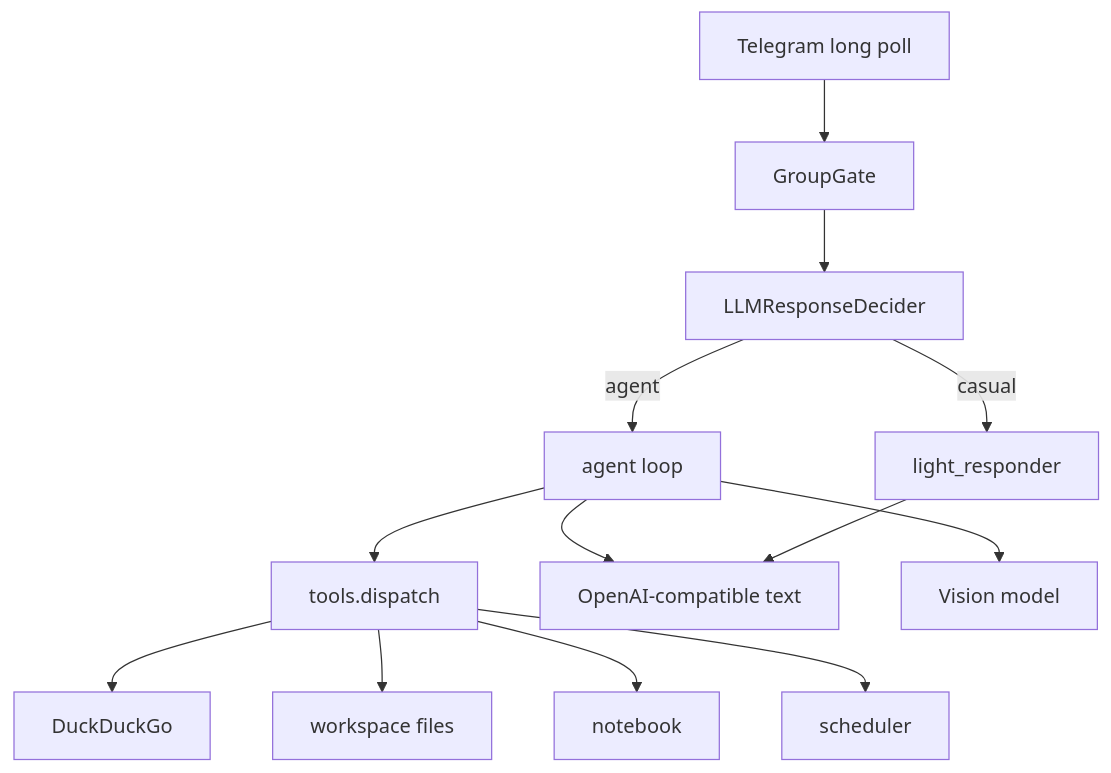
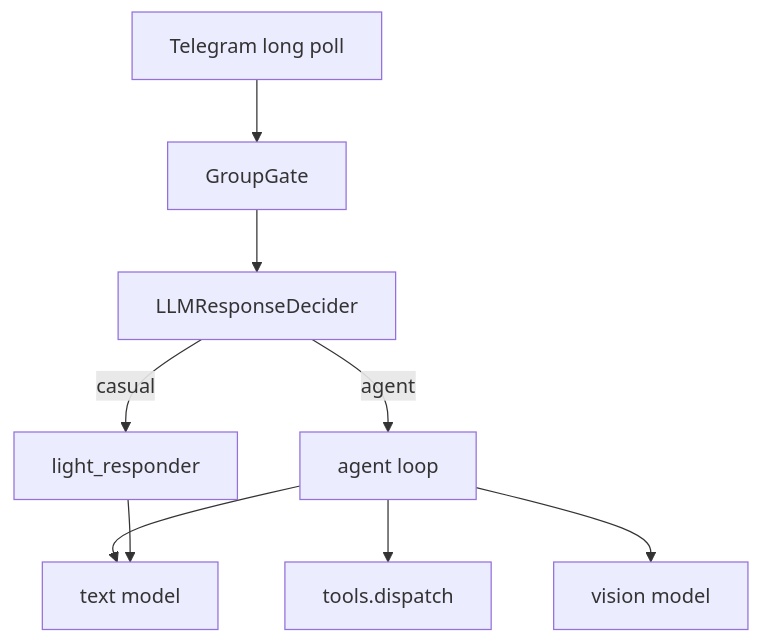
Before and after one commit to olezhapelmeshka/botmrbaton: the diagram in README.md, drawn with Mermaid. The commit also changed other lines of this file and 4 other files, not shown here.

````diff
--- a/README.md
+++ b/README.md
@@ -18,15 +94,11 @@
 ```mermaid
 flowchart TD
   TG[Telegram long poll] --> Gate[GroupGate]
   Gate --> Decider[LLMResponseDecider]
   Decider -->|casual| Light[light_responder]
   Decider -->|agent| Agent[agent loop]
   Agent --> Tools[tools.dispatch]
-  Agent --> LLM[OpenAI-compatible text]
-  Agent --> Vision[Vision model]
+  Agent --> LLM[text model]
+  Agent --> Vision[vision model]
   Light --> LLM
-  Tools --> Search[DuckDuckGo]
-  Tools --> Files[workspace files]
-  Tools --> Notes[notebook]
-  Tools --> Reminders[scheduler]
 ```
````
